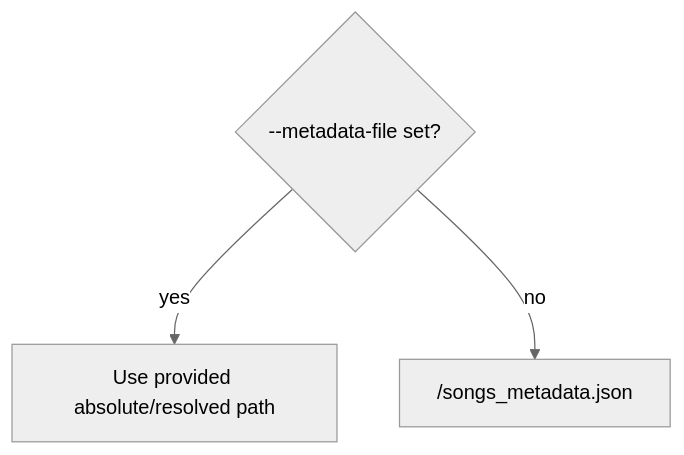
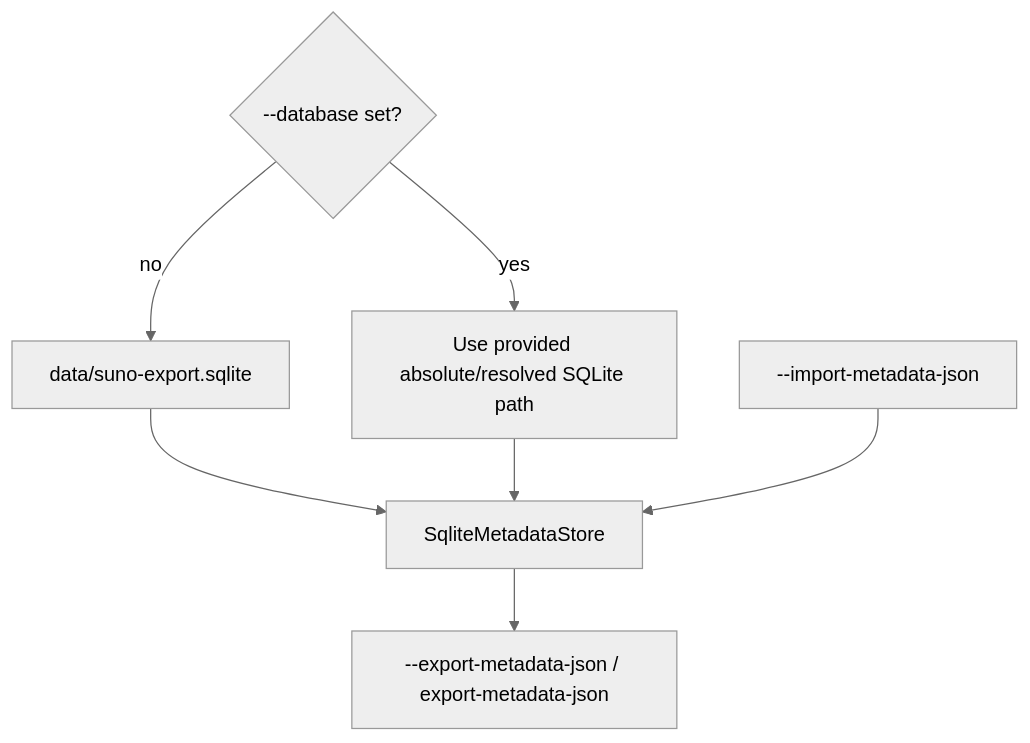
The third of 9 diagrams in docs/cli-program-flow.md (mikeygnyc/SunoLibrarian), drawn with Mermaid (neutral theme) before and after one commit. The commit also changed other lines of this file and 13 other files, not shown here.

First line of the commit message:
feat: integrate SQLite metadata storage and JSON import/export functionality

````diff
--- a/docs/cli-program-flow.md
+++ b/docs/cli-program-flow.md
@@ -98,6 +100,10 @@
 ```mermaid
 flowchart TD
-  A{"--metadata-file set?"}
-  A -- yes --> B["Use provided absolute/resolved path"]
-  A -- no --> C["<output>/songs_metadata.json"]
+  A{"--database set?"}
+  A -- yes --> B["Use provided absolute/resolved SQLite path"]
+  A -- no --> C["data/suno-export.sqlite"]
+  C --> D["SqliteMetadataStore"]
+  B --> D
+  E["--import-metadata-json"] --> D
+  D --> F["--export-metadata-json / export-metadata-json"]
 ```
````
